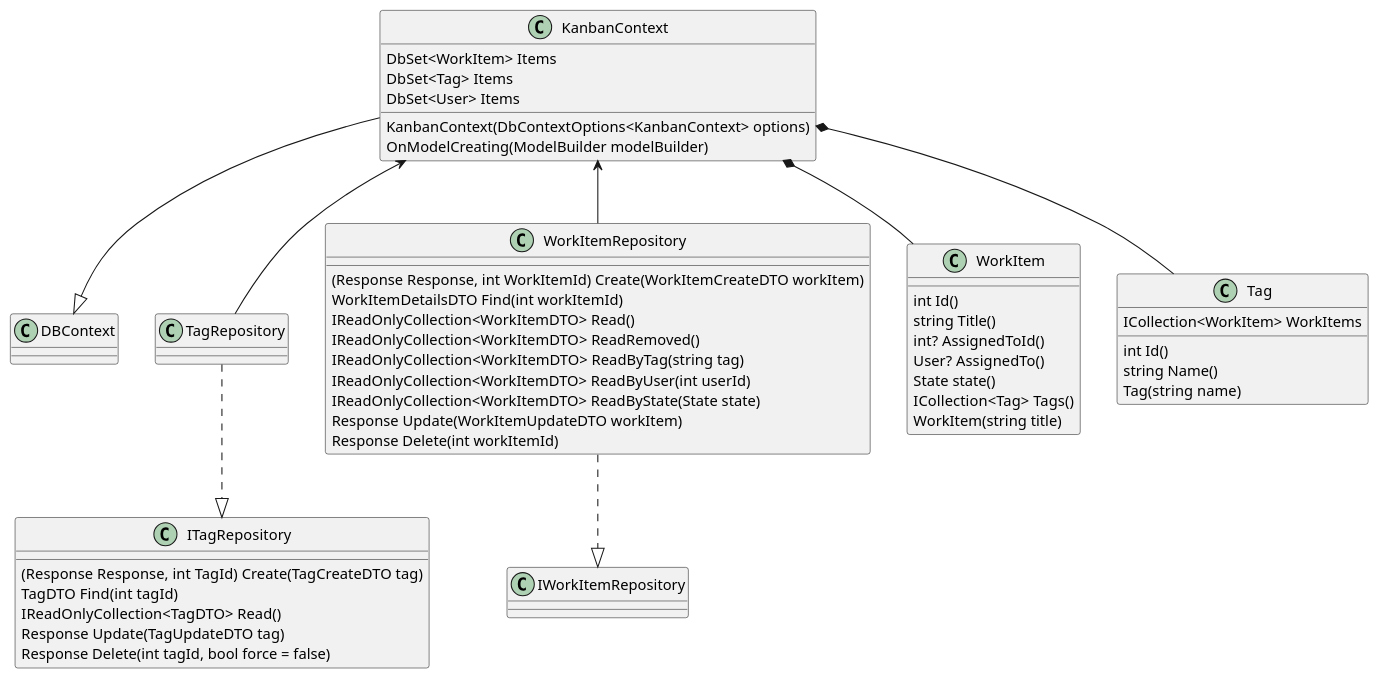
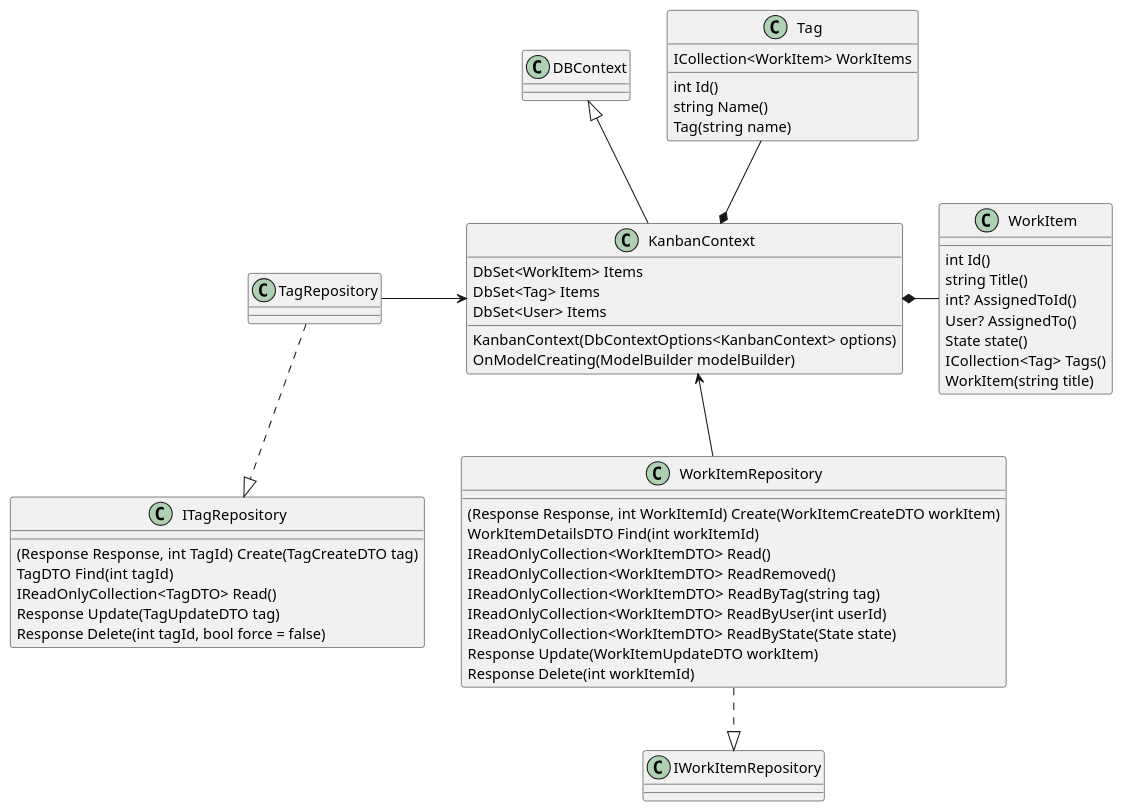
Before and after one commit to megsikon/assignment-04: the diagram in se_ex2_class.puml, drawn with PlantUML. The commit also changed 4 other files, not shown here.

```diff
--- a/se_ex2_class.puml
+++ b/se_ex2_class.puml
@@ -1,63 +1,63 @@
 @startuml
 class KanbanContext{
     DbSet<WorkItem> Items
     DbSet<Tag> Items
     DbSet<User> Items
     KanbanContext(DbContextOptions<KanbanContext> options)
     OnModelCreating(ModelBuilder modelBuilder)
 }
 
 class DBContext{
     
 }
 class ITagRepository{
     (Response Response, int TagId) Create(TagCreateDTO tag)
     TagDTO Find(int tagId)
     IReadOnlyCollection<TagDTO> Read()
     Response Update(TagUpdateDTO tag)
     Response Delete(int tagId, bool force = false)
     
 }
 class IWorkItemRepository{
     
 }
 class TagRepository{
     
 }
 class WorkItemRepository{
     (Response Response, int WorkItemId) Create(WorkItemCreateDTO workItem)
     WorkItemDetailsDTO Find(int workItemId)
     IReadOnlyCollection<WorkItemDTO> Read()
     IReadOnlyCollection<WorkItemDTO> ReadRemoved()
     IReadOnlyCollection<WorkItemDTO> ReadByTag(string tag)
     IReadOnlyCollection<WorkItemDTO> ReadByUser(int userId)
     IReadOnlyCollection<WorkItemDTO> ReadByState(State state)
     Response Update(WorkItemUpdateDTO workItem)
     Response Delete(int workItemId)
     
 }
 class WorkItem{
     int Id()
     string Title()
     int? AssignedToId()
     User? AssignedTo()
     State state()
     ICollection<Tag> Tags()
     WorkItem(string title)
 }
 class Tag{
     int Id()
     string Name()
     ICollection<WorkItem> WorkItems
     Tag(string name)
 }
 
-KanbanContext --|> DBContext
-KanbanContext *-- Tag
-KanbanContext *-- WorkItem
-KanbanContext <-- TagRepository
-KanbanContext <-- WorkItemRepository
-TagRepository ..|> ITagRepository
-WorkItemRepository ..|> IWorkItemRepository
+KanbanContext *-up- Tag
+KanbanContext -up-|> DBContext
+KanbanContext *-right- WorkItem
+KanbanContext <-left- TagRepository
+KanbanContext <-down- WorkItemRepository
+TagRepository .down.|> ITagRepository
+WorkItemRepository .down.|> IWorkItemRepository
 
 @enduml
```
